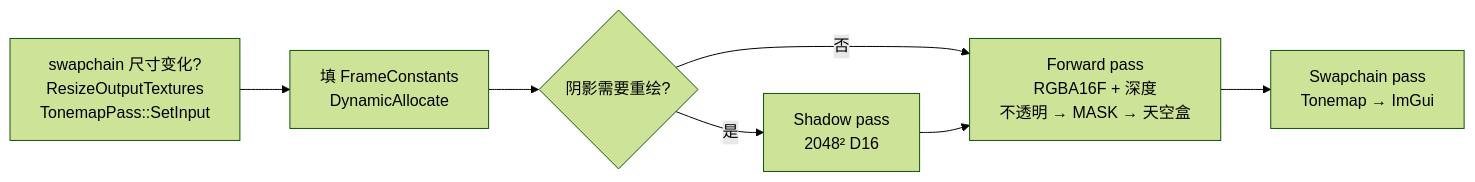
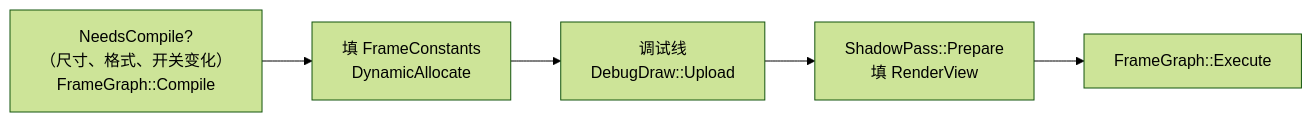
One commit to ChenJiaming5613/MEngine changed the fifth of 9 diagrams in docs/Architecture.md. Above: the diagram before and after it, drawn with Mermaid (forest theme). The commit also changed other lines of this file and 26 other files, not shown here.

First line of the commit message:
Integrate Raptor chapters 4 and 5: frame graph and debug drawing

````diff
--- a/docs/Architecture.md
+++ b/docs/Architecture.md
@@ -399,9 +401,7 @@
 ```mermaid
 graph LR
-    A["swapchain 尺寸变化?<br/>ResizeOutputTextures<br/>TonemapPass::SetInput"] --> B["填 FrameConstants<br/>DynamicAllocate"]
-    B --> C{"阴影需要重绘?"}
-    C -- 是 --> D["Shadow pass<br/>2048² D16"]
-    C -- 否 --> E
-    D --> E["Forward pass<br/>RGBA16F + 深度<br/>不透明 → MASK → 天空盒"]
-    E --> F["Swapchain pass<br/>Tonemap → ImGui"]
+    A["NeedsCompile?<br/>（尺寸、格式、开关变化）<br/>FrameGraph::Compile"] --> B["填 FrameConstants<br/>DynamicAllocate"]
+    B --> C["调试线<br/>DebugDraw::Upload"]
+    C --> D["ShadowPass::Prepare<br/>填 RenderView"]
+    D --> E["FrameGraph::Execute"]
 ```
````
